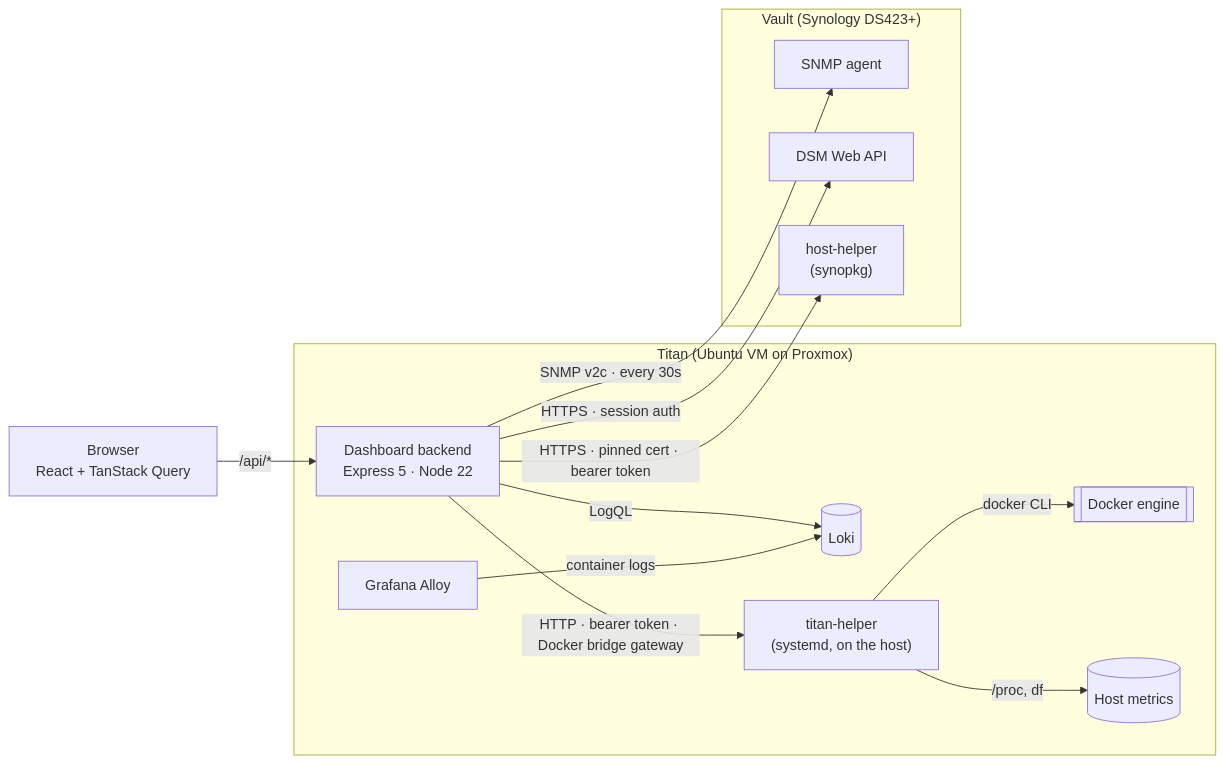
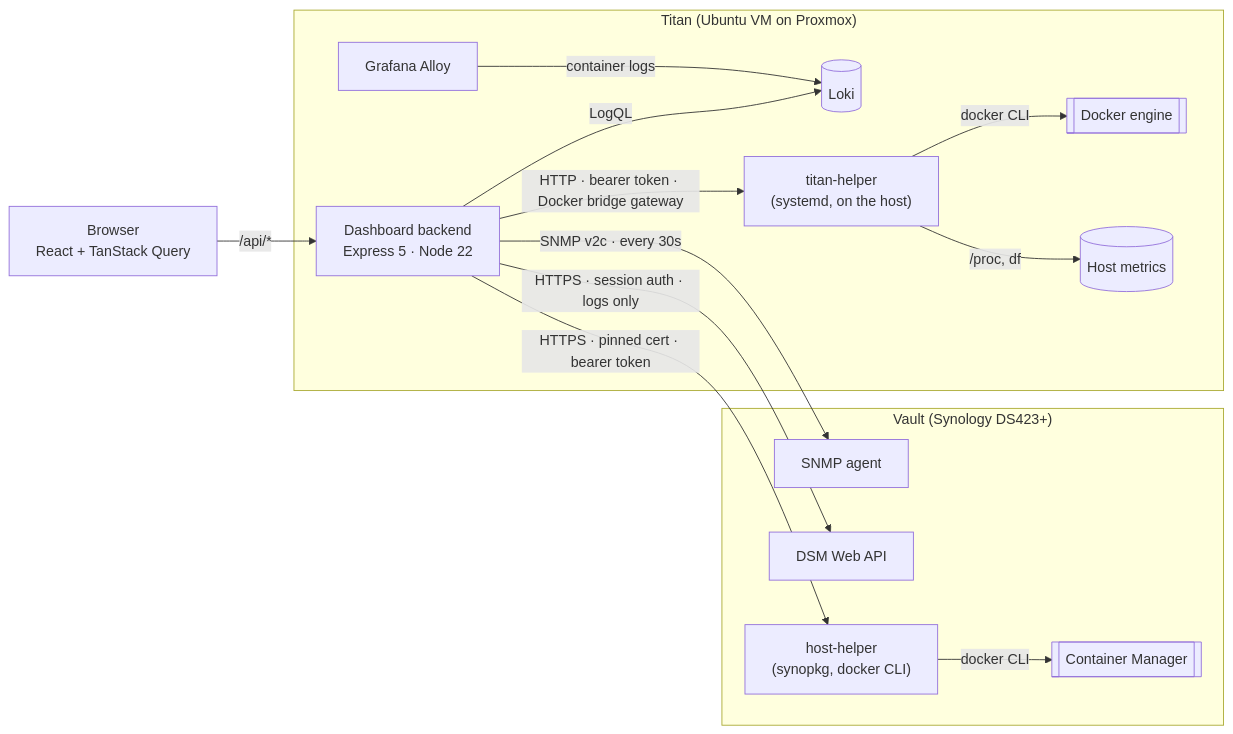
The diagram in README.md (ssterling9928/dashboard), drawn with Mermaid before and after one commit. The commit also changed other lines of this file and 14 other files, not shown here.

First line of the commit message:
Vault containers via the NAS helper; save metric history to a volume

````diff
--- a/README.md
+++ b/README.md
@@ -43,26 +43,28 @@
 ```mermaid
 flowchart LR
     Browser["Browser<br/>React + TanStack Query"] -->|"/api/*"| Backend
 
     subgraph Titan["Titan (Ubuntu VM on Proxmox)"]
         Backend["Dashboard backend<br/>Express 5 · Node 22"]
         Loki[("Loki")]
         Alloy["Grafana Alloy"] -->|container logs| Loki
         Helper["titan-helper<br/>(systemd, on the host)"]
         Docker[["Docker engine"]]
         Helper -->|docker CLI| Docker
         Helper -->|"/proc, df"| Proc[("Host metrics")]
     end
 
     subgraph Vault["Vault (Synology DS423+)"]
         SNMP["SNMP agent"]
         DSM["DSM Web API"]
-        NasHelper["host-helper<br/>(synopkg)"]
+        NasHelper["host-helper<br/>(synopkg, docker CLI)"]
+        NasDocker[["Container Manager"]]
+        NasHelper -->|docker CLI| NasDocker
     end
 
     Backend -->|"HTTP · bearer token · Docker bridge gateway"| Helper
     Backend -->|LogQL| Loki
     Backend -->|"SNMP v2c · every 30s"| SNMP
-    Backend -->|"HTTPS · session auth"| DSM
+    Backend -->|"HTTPS · session auth · logs only"| DSM
     Backend -->|"HTTPS · pinned cert · bearer token"| NasHelper
 ```
````
